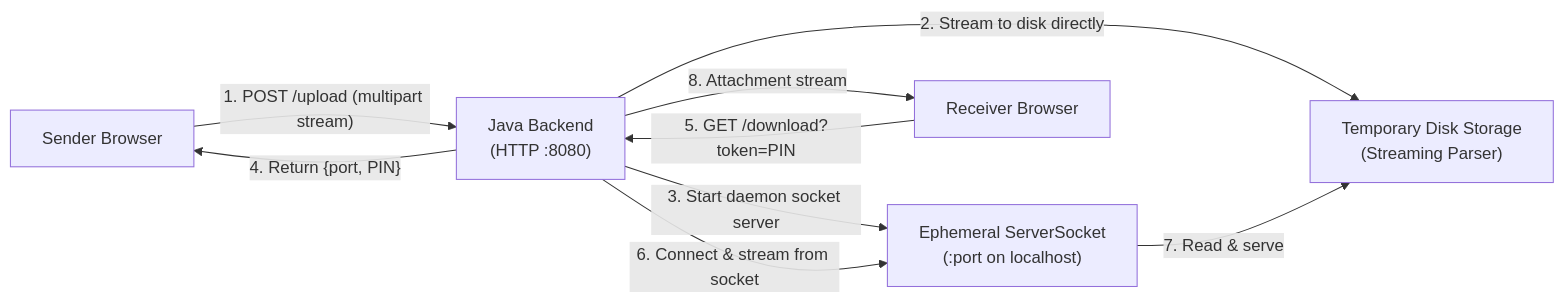
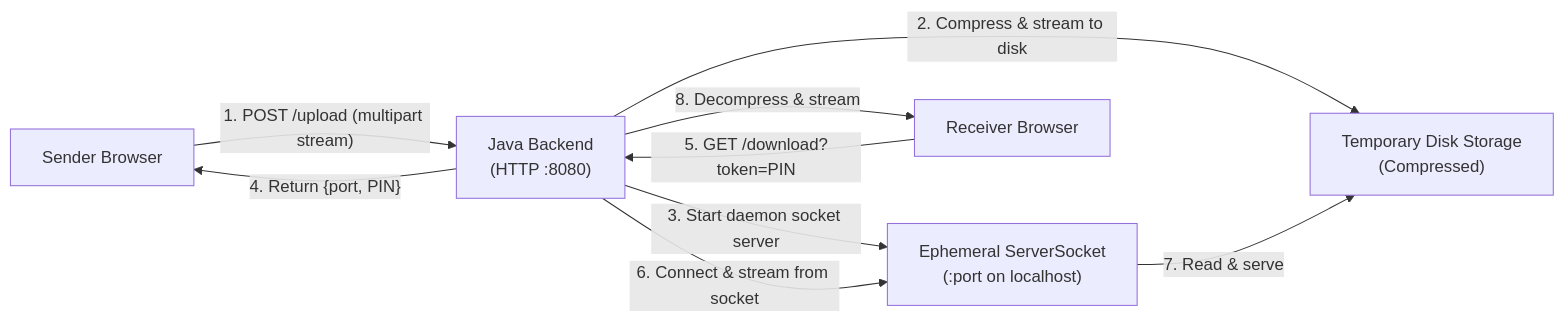
Before and after one commit to utkarsh-gupta17/SwiftShare: the first of 7 diagrams in README.md, drawn with Mermaid. The commit also changed other lines of this file and 3 other files, not shown here.

````diff
--- a/README.md
+++ b/README.md
@@ -57,18 +57,18 @@
 ```mermaid
 graph LR
     Sender["Sender Browser"]
     Backend["Java Backend<br/>(HTTP :8080)"]
-    Storage["Temporary Disk Storage<br/>(Streaming Parser)"]
+    Storage["Temporary Disk Storage<br/>(Compressed)"]
     Socket["Ephemeral ServerSocket<br/>(:port on localhost)"]
     Receiver["Receiver Browser"]
 
     Sender -->|"1. POST /upload (multipart stream)"| Backend
-    Backend -->|"2. Stream to disk directly"| Storage
+    Backend -->|"2. Compress & stream to disk"| Storage
     Backend -->|"3. Start daemon socket server"| Socket
     Backend -->|"4. Return {port, PIN}"| Sender
 
     Receiver -->|"5. GET /download?token=PIN"| Backend
     Backend -->|"6. Connect & stream from socket"| Socket
     Socket -->|"7. Read & serve"| Storage
-    Backend -->|"8. Attachment stream"| Receiver
+    Backend -->|"8. Decompress & stream"| Receiver
 ```
````
